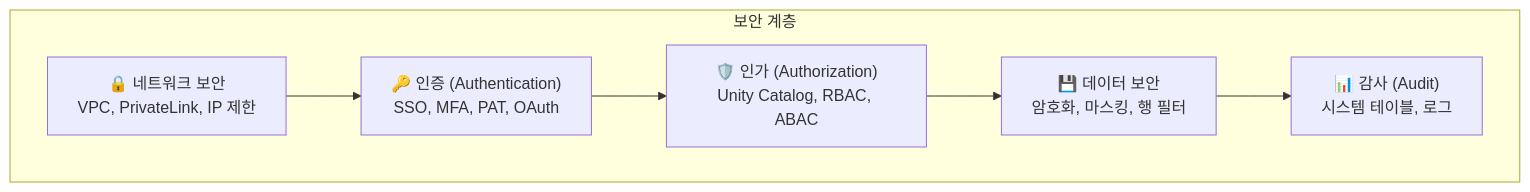
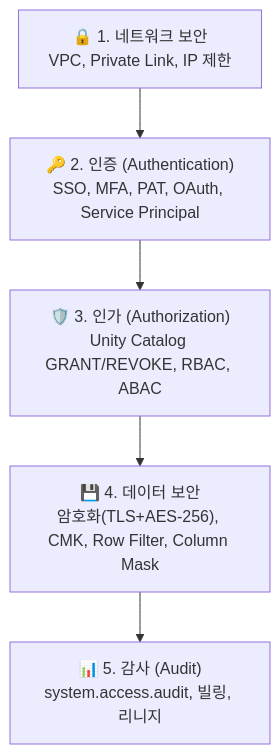
Before and after one commit to SimyungYang/simyung-dbx-training: the diagram in 12-security-and-governance/security-overview.md, drawn with Mermaid. The commit also changed other lines of this file and 2 other files, not shown here.

First line of the commit message:
Enhance: Security Overview, ML Runtime, Volumes 보강

````diff
--- a/12-security-and-governance/security-overview.md
+++ b/12-security-and-governance/security-overview.md
@@ -21,12 +29,10 @@
 ```mermaid
 graph TB
-    subgraph Security["보안 계층"]
-        N["🔒 네트워크 보안<br/>VPC, PrivateLink, IP 제한"]
-        I["🔑 인증 (Authentication)<br/>SSO, MFA, PAT, OAuth"]
-        A["🛡️ 인가 (Authorization)<br/>Unity Catalog, RBAC, ABAC"]
-        D["💾 데이터 보안<br/>암호화, 마스킹, 행 필터"]
-        M["📊 감사 (Audit)<br/>시스템 테이블, 로그"]
-    end
+    N["🔒 1. 네트워크 보안<br/>VPC, Private Link, IP 제한"]
+    I["🔑 2. 인증 (Authentication)<br/>SSO, MFA, PAT, OAuth, Service Principal"]
+    A["🛡️ 3. 인가 (Authorization)<br/>Unity Catalog GRANT/REVOKE, RBAC, ABAC"]
+    D["💾 4. 데이터 보안<br/>암호화(TLS+AES-256), CMK, Row Filter, Column Mask"]
+    M["📊 5. 감사 (Audit)<br/>system.access.audit, 빌링, 리니지"]
 
     N --> I --> A --> D --> M
 ```
````
